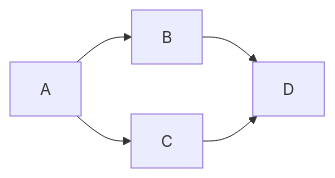
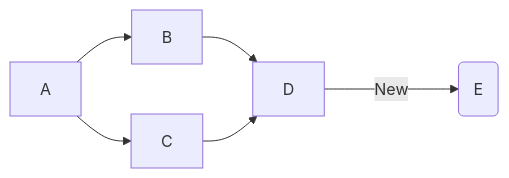
Before and after one commit to James-Robinson-Burge/James-Robinson-Burge.github.io: the diagram in README.md, drawn with Mermaid.

Commit message:
Changes to diagram

````diff
--- a/README.md
+++ b/README.md
@@ -3,5 +3,6 @@
 ```mermaid
 flowchart LR
     A --> B & C
     B & C --> D
+    D --->|New| E(E)
 ```
````
